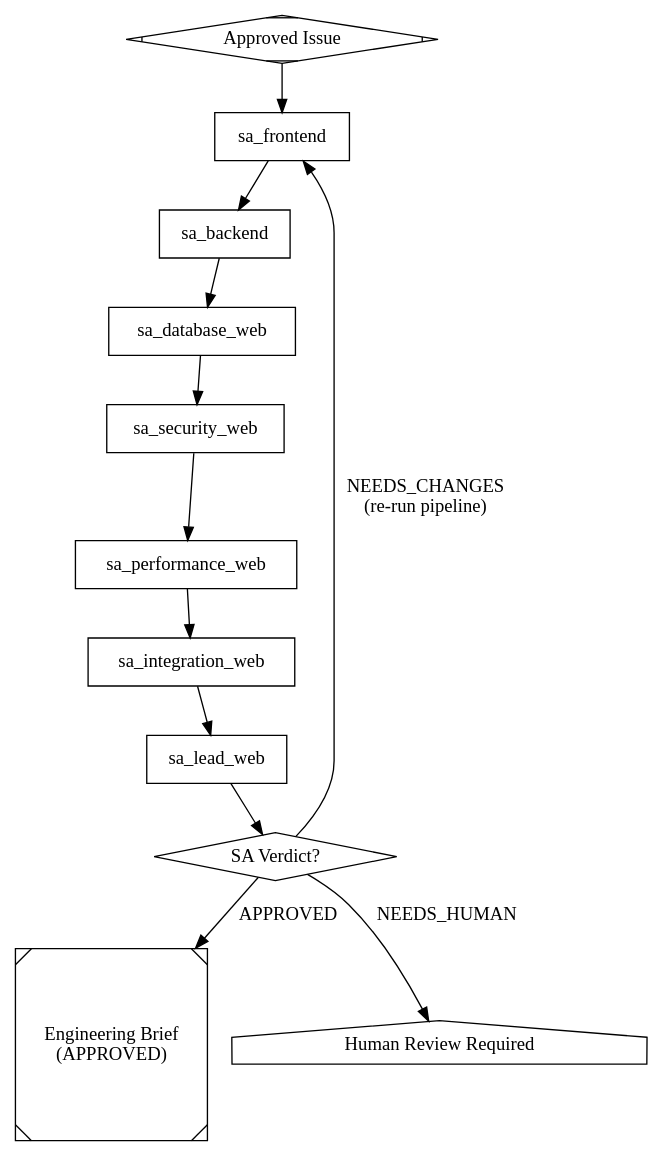
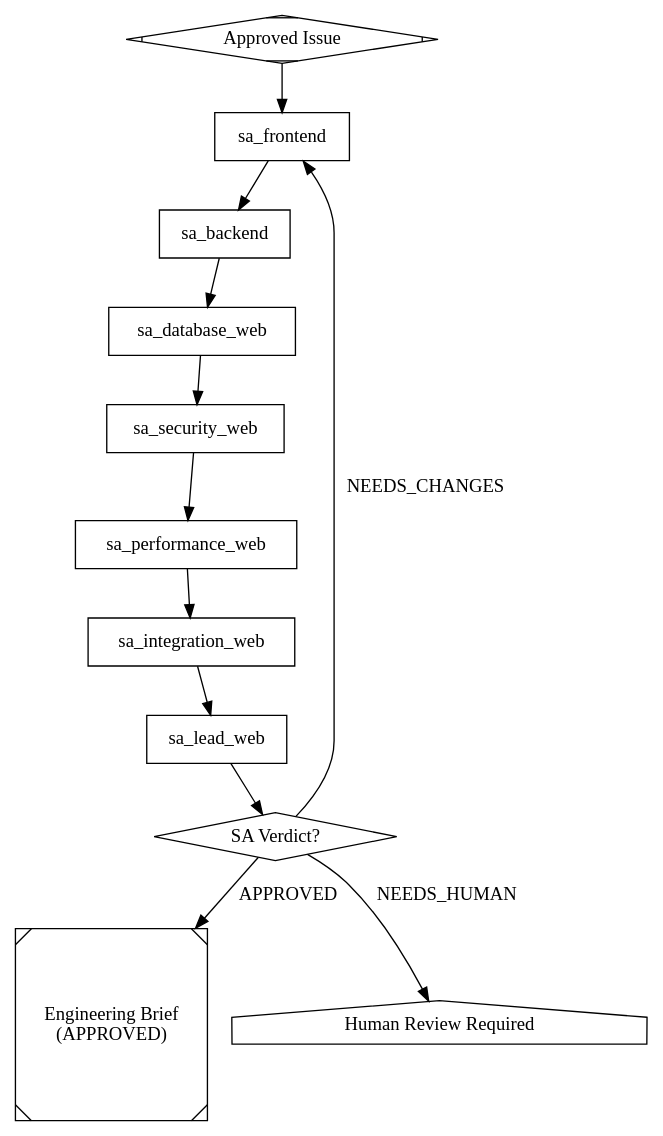
One commit to ardrodus/dark-fac changed the diagram in pipelines/arch_review_web.dot. Above: the diagram before and after it, drawn with Graphviz. The commit also changed 6 other files, not shown here.

```diff
--- a/pipelines/arch_review_web.dot
+++ b/pipelines/arch_review_web.dot
@@ -1,76 +1,76 @@
 // Architecture Review Pipeline -- Web Strategy
 //
 // 6 sequential domain specialists + Solutions Architect Lead.
 // For web applications -- frontend, backend, database, security,
 // performance, and integration concerns.
 //
 // Agents: factory/agents/sa-{frontend,backend,database-web,
 //         security-web,performance-web,integration-web}.md, sa-lead-web.md
 //
 // Called by: Dark Forge (dark_forge.dot) when DEPLOY_STRATEGY=web
 
 digraph arch_review_web {
     graph [
         goal="Review a GitHub issue across 6 web application domains and produce an Engineering Brief"
     ]
 
     // --- Entry ---
     start [shape=Mdiamond, label="Approved Issue"]
 
     // --- Stage 1: Frontend (UI, UX, accessibility, responsive design) ---
     sa_frontend [
         shape=box,
         prompt="You are Stage 1/6 (Frontend) in Dark Factory's web architecture review pipeline.\n\nWorkspace: $workspace\nIssue: $issue\n\nExplore the codebase at $workspace and evaluate:\n- UI component architecture\n- State management patterns\n- Accessibility (WCAG compliance)\n- Responsive design approach\n- Client-side routing\n- Bundle size considerations\n- SSR/CSR strategy\n- Design system consistency\n\nIf not relevant to this issue, output: {\"findings\": [\"N/A - no frontend changes\"], \"risk_level\": \"low\", \"recommendations\": [], \"approval\": true}\n\nOtherwise, reference specific files and code from the workspace.\n\nOutput your findings as structured JSON:\n{\"findings\": [...], \"risk_level\": \"low|medium|high|critical\", \"recommendations\": [...], \"approval\": true|false}"
     ]
 
     // --- Stage 2: Backend (API design, server architecture, business logic) ---
     sa_backend [
         shape=box,
         prompt="You are Stage 2/6 (Backend) in Dark Factory's web architecture review pipeline.\n\nWorkspace: $workspace\nIssue: $issue\n\nExplore the codebase at $workspace and evaluate:\n- API design (REST/GraphQL patterns)\n- Server architecture and middleware\n- Business logic organization\n- Error handling and logging\n- Session management\n- Authentication flow\n\nIf not relevant to this issue, output: {\"findings\": [\"N/A - no backend changes\"], \"risk_level\": \"low\", \"recommendations\": [], \"approval\": true}\n\nOtherwise, reference specific files and code from the workspace.\n\nOutput your findings as structured JSON:\n{\"findings\": [...], \"risk_level\": \"low|medium|high|critical\", \"recommendations\": [...], \"approval\": true|false}"
     ]
 
     // --- Stage 3: Database (data modeling, queries, migrations) ---
     sa_database_web [
         shape=box,
         prompt="You are Stage 3/6 (Database) in Dark Factory's web architecture review pipeline.\n\nWorkspace: $workspace\nIssue: $issue\n\nExplore the codebase at $workspace and evaluate:\n- Data modeling and schema design\n- ORM usage and query patterns\n- Query optimization opportunities\n- Migration strategy\n- Indexing approach\n- Connection pooling\n- Caching layer (Redis/Memcached)\n- Data validation\n\nIf not relevant to this issue, output: {\"findings\": [\"N/A - no database changes\"], \"risk_level\": \"low\", \"recommendations\": [], \"approval\": true}\n\nOtherwise, reference specific files and code from the workspace.\n\nOutput your findings as structured JSON:\n{\"findings\": [...], \"risk_level\": \"low|medium|high|critical\", \"recommendations\": [...], \"approval\": true|false}"
     ]
 
     // --- Stage 4: Security (auth, OWASP, XSS, CSRF, secrets) ---
     // CRITICAL: Reviews ALL prior recommendations
     sa_security_web [
         shape=box,
         prompt="You are Stage 4/6 (Security) in Dark Factory's web architecture review pipeline.\n\nWorkspace: $workspace\nIssue: $issue\n\nCRITICAL: Review ALL prior stage recommendations for security implications.\n\nExplore the codebase at $workspace and evaluate:\n- Authentication/authorization patterns\n- OWASP top 10 compliance\n- XSS prevention (output encoding)\n- CSRF protection\n- CSP headers\n- Secrets management\n- Input validation at all boundaries\n- Rate limiting\n- CORS policy\n\nFor each concern, reference specific files and code from the workspace.\n\nOutput your findings as structured JSON:\n{\"findings\": [...], \"risk_level\": \"low|medium|high|critical\", \"recommendations\": [...], \"approval\": true|false}"
     ]
 
     // --- Stage 5: Performance (load time, caching, optimization) ---
     sa_performance_web [
         shape=box,
         prompt="You are Stage 5/6 (Performance) in Dark Factory's web architecture review pipeline.\n\nWorkspace: $workspace\nIssue: $issue\n\nExplore the codebase at $workspace and evaluate:\n- Page load time and Core Web Vitals\n- Caching strategy (CDN, browser, server)\n- Lazy loading and code splitting\n- Image optimization\n- Database query performance\n- API response time\n- Bundle size\n\nIf not relevant to this issue, output: {\"findings\": [\"N/A - no performance impact\"], \"risk_level\": \"low\", \"recommendations\": [], \"approval\": true}\n\nOtherwise, reference specific files and code from the workspace.\n\nOutput your findings as structured JSON:\n{\"findings\": [...], \"risk_level\": \"low|medium|high|critical\", \"recommendations\": [...], \"approval\": true|false}"
     ]
 
     // --- Stage 6: Integration (APIs, third-party services, deployment) ---
     sa_integration_web [
         shape=box,
         prompt="You are Stage 6/6 (Integration) in Dark Factory's web architecture review pipeline.\n\nWorkspace: $workspace\nIssue: $issue\n\nExplore the codebase at $workspace and evaluate:\n- Third-party API integrations\n- Webhook handling\n- Email/notification services\n- Payment gateways (if applicable)\n- Analytics integration\n- CI/CD pipeline\n- Deployment strategy\n- Environment configuration\n\nIf not relevant to this issue, output: {\"findings\": [\"N/A - no integration changes\"], \"risk_level\": \"low\", \"recommendations\": [], \"approval\": true}\n\nOtherwise, reference specific files and code from the workspace.\n\nOutput your findings as structured JSON:\n{\"findings\": [...], \"risk_level\": \"low|medium|high|critical\", \"recommendations\": [...], \"approval\": true|false}"
     ]
 
     // --- Solutions Architect Lead (final synthesis) ---
     sa_lead_web [
         shape=box,
         prompt="You are the Solutions Architect performing final review of the web architecture pipeline.\n\nWorkspace: $workspace\nIssue: $issue\n\nYou have output from 6 specialist stages. Read their findings from the pipeline context.\n\nSynthesize all reviews into an Engineering Brief:\n- Approved architectural approach for the web application\n- Key constraints and risks identified across all domains\n- Implementation guidance per domain\n- Verdict: APPROVED | NEEDS_CHANGES | NEEDS_HUMAN\n\nIf critical stages (Backend, Security) found high/critical risks, consider NEEDS_HUMAN.\n\nWrite the Engineering Brief to: $workspace/.dark-factory/specs/$issue_number/engineering-brief.md\n\nOutput your verdict as the final line: APPROVED, NEEDS_CHANGES, or NEEDS_HUMAN"
     ]
 
     // --- Verdict ---
     verdict [shape=diamond, label="SA Verdict?"]
     approved [shape=Msquare, label="Engineering Brief\n(APPROVED)"]
     needs_human [shape=house, label="Human Review Required"]
 
     // --- Flow: Sequential ---
     start -> sa_frontend -> sa_backend -> sa_database_web
     sa_database_web -> sa_security_web -> sa_performance_web -> sa_integration_web
     sa_integration_web -> sa_lead_web -> verdict
 
     verdict -> approved [label="APPROVED"]
-    verdict -> sa_frontend [label="NEEDS_CHANGES\n(re-run pipeline)"]
+    verdict -> sa_frontend [label="NEEDS_CHANGES"]
     verdict -> needs_human [label="NEEDS_HUMAN"]
 }
```
